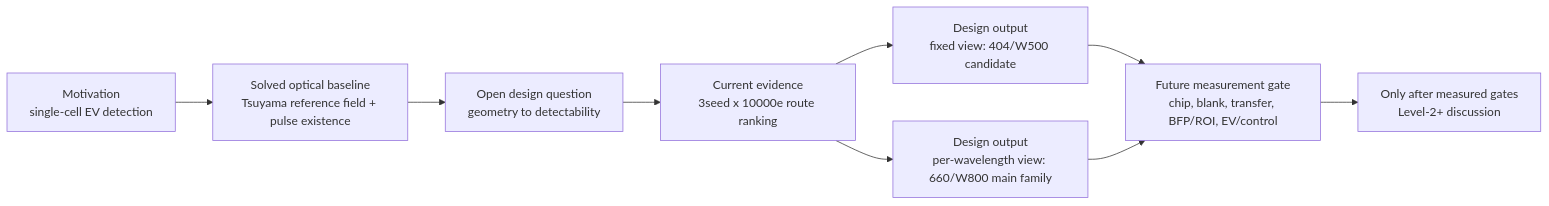
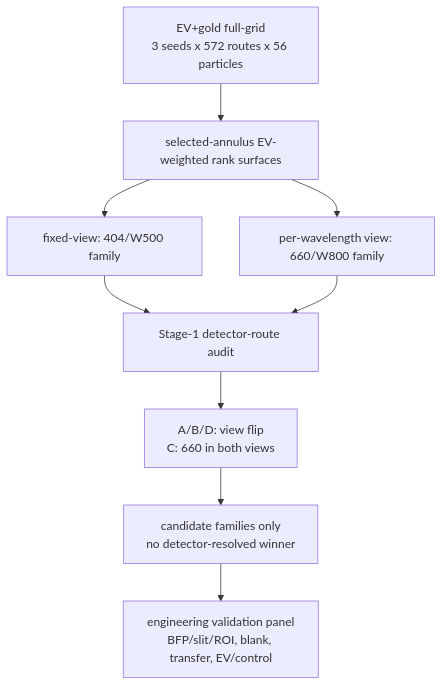
One commit to Shaughn0419/NODI_Simulator changed the diagram in reports/140_exhaustive_ev_gold_fullgrid_3seed_10000e_postrun_analysis_20260523.md. Above: the diagram before and after it, drawn with Mermaid. The commit also changed other lines of this file and 71 other files, not shown here.

````diff
--- a/reports/140_exhaustive_ev_gold_fullgrid_3seed_10000e_postrun_analysis_20260523.md
+++ b/reports/140_exhaustive_ev_gold_fullgrid_3seed_10000e_postrun_analysis_20260523.md
@@ -474,11 +74,11 @@
 ```mermaid
-flowchart LR
-    A["Motivation<br/>single-cell EV detection"] --> B["Solved optical baseline<br/>Tsuyama reference field + pulse existence"]
-    B --> C["Open design question<br/>geometry to detectability"]
-    C --> D["Current evidence<br/>3seed x 10000e route ranking"]
-    D --> E["Design output<br/>fixed view: 404/W500 candidate"]
-    D --> F["Design output<br/>per-wavelength view: 660/W800 main family"]
-    E --> G["Future measurement gate<br/>chip, blank, transfer, BFP/ROI, EV/control"]
-    F --> G
-    G --> H["Only after measured gates<br/>Level-2+ discussion"]
+flowchart TD
+    A["EV+gold full-grid<br/>3 seeds x 572 routes x 56 particles"] --> B["selected-annulus EV-weighted rank surfaces"]
+    B --> C["fixed-view: 404/W500 family"]
+    B --> D["per-wavelength view: 660/W800 family"]
+    C --> E["Stage-1 detector-route audit"]
+    D --> E
+    E --> F["A/B/D: view flip<br/>C: 660 in both views"]
+    F --> G["candidate families only<br/>no detector-resolved winner"]
+    G --> H["engineering validation panel<br/>BFP/slit/ROI, blank, transfer, EV/control"]
 ```
````
